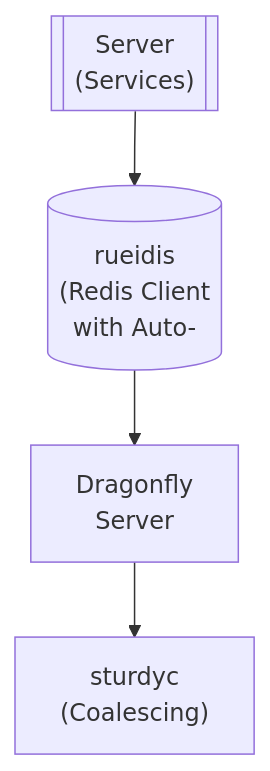
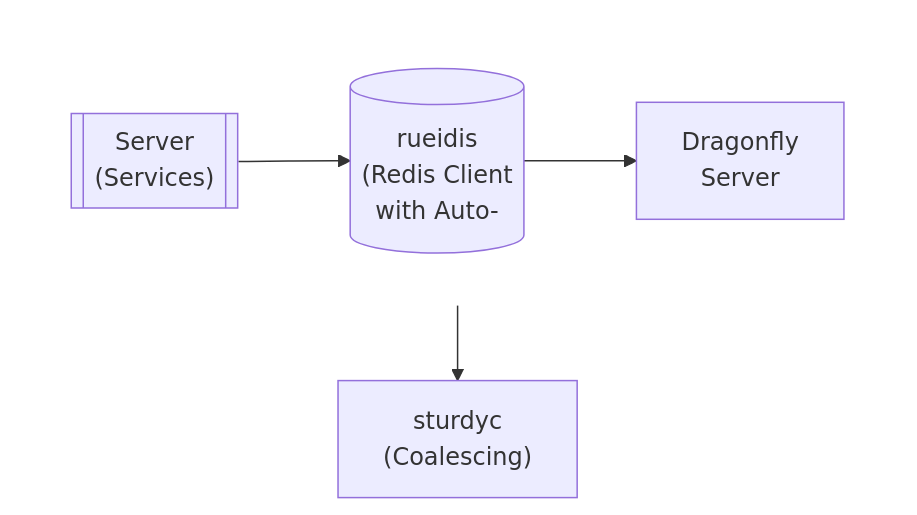
One commit to lusoris/revenge changed the diagram in docs/dev/design/integrations/infrastructure/DRAGONFLY.md. Above: the diagram before and after it, drawn with Mermaid. The commit also changed 210 other files, not shown here.

First line of the commit message:
feat(docs): Add horizontal layout support for Mermaid diagrams

````diff
--- a/docs/dev/design/integrations/infrastructure/DRAGONFLY.md
+++ b/docs/dev/design/integrations/infrastructure/DRAGONFLY.md
@@ -60,10 +60,16 @@
 ```mermaid
 flowchart TD
-    node1[["Server<br/>(Services)"]]
-    node2[("rueidis<br/>(Redis Client<br/>with Auto-")]
-    node3["Dragonfly<br/>Server"]
+    subgraph row1[ ]
+        direction LR
+        node1[["Server<br/>(Services)"]]
+        node2[("rueidis<br/>(Redis Client<br/>with Auto-")]
+        node3["Dragonfly<br/>Server"]
+    end
     node4["sturdyc<br/>(Coalescing)"]
     node1 --> node2
     node2 --> node3
     node3 --> node4
+
+    %% Hide row subgraph borders
+    style row1 fill:transparent,stroke:transparent
 ```
````
